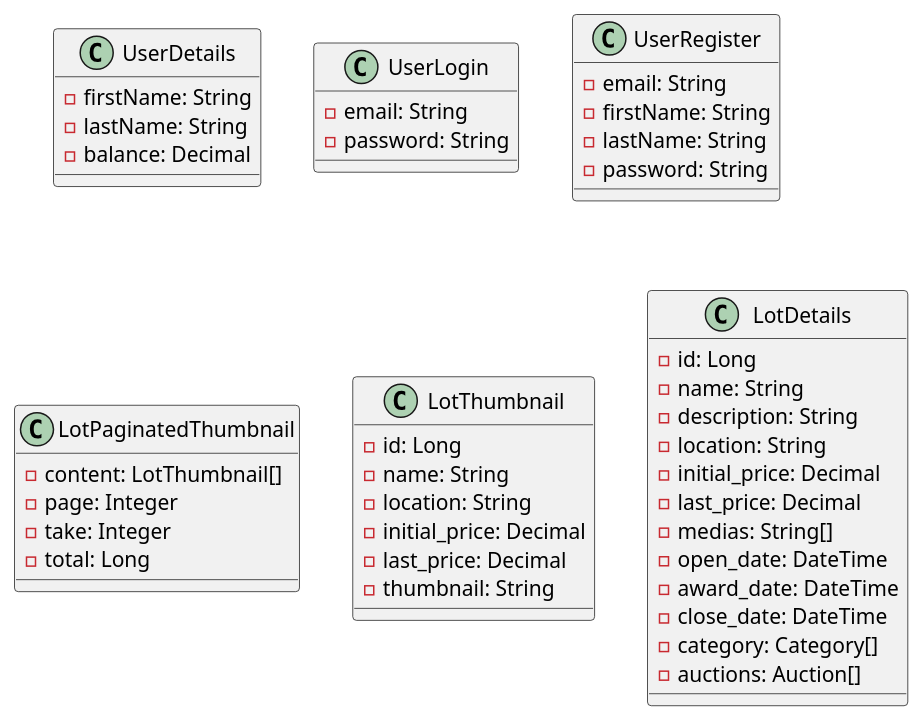
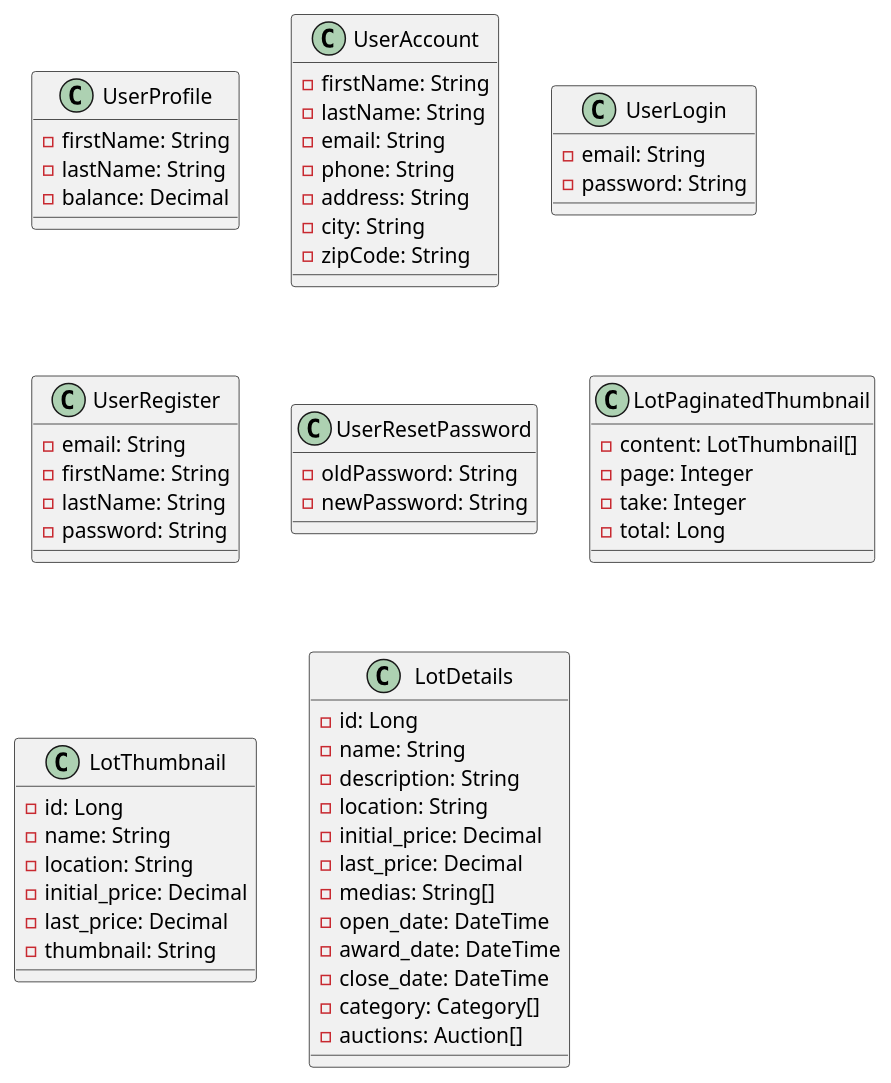
Before and after one commit to ETML-ES-LABEFE-MANUEL-THEO/BACKEND: the diagram in docs/dto.puml, drawn with PlantUML. The commit also changed 2 other files, not shown here.

Commit message:
docs: updated to match current code (user account)

```diff
--- a/docs/dto.puml
+++ b/docs/dto.puml
@@ -1,52 +1,67 @@
 @startuml
 
-class UserDetails {
+class UserProfile {
     -firstName: String
     -lastName: String
     -balance: Decimal
+}
+
+class UserAccount {
+    -firstName: String
+    -lastName: String
+    -email: String
+    -phone: String
+    -address: String
+    -city: String
+    -zipCode: String
 }
 
 class UserLogin {
     -email: String
     -password: String
 }
 
 class UserRegister {
     -email: String
     -firstName: String
     -lastName: String
     -password: String
+}
+
+class UserResetPassword {
+    -oldPassword: String
+    -newPassword: String
 }
 
 class LotPaginatedThumbnail {
     -content: LotThumbnail[]
     -page: Integer
     -take: Integer
     -total: Long
 }
 
 class LotThumbnail {
     -id: Long
     -name: String
     -location: String
     -initial_price: Decimal
     -last_price: Decimal
     -thumbnail: String
 }
 
 class LotDetails {
     -id: Long
     -name: String
     -description: String
     -location: String
     -initial_price: Decimal
     -last_price: Decimal
     -medias: String[]
     -open_date: DateTime
     -award_date: DateTime
     -close_date: DateTime
     -category: Category[]
     -auctions: Auction[]
 }
 
 @enduml
```
